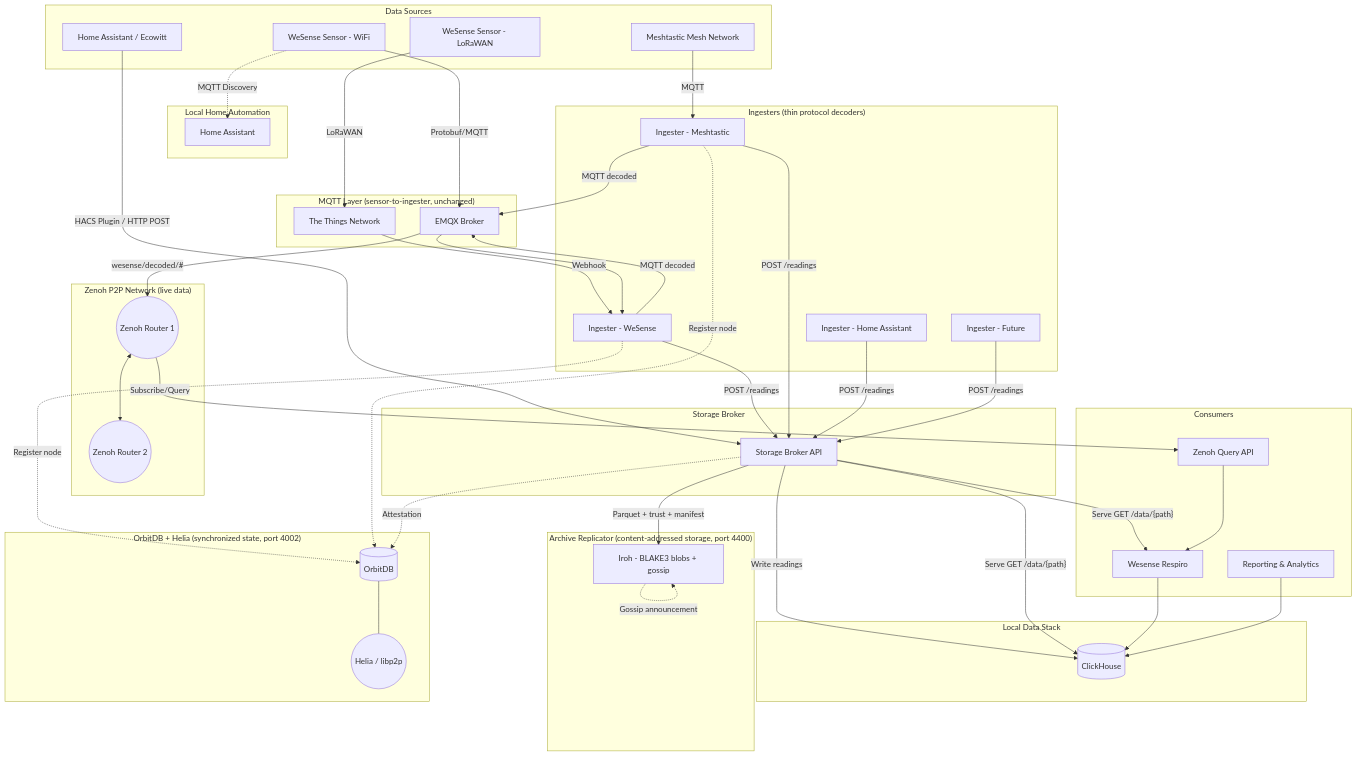
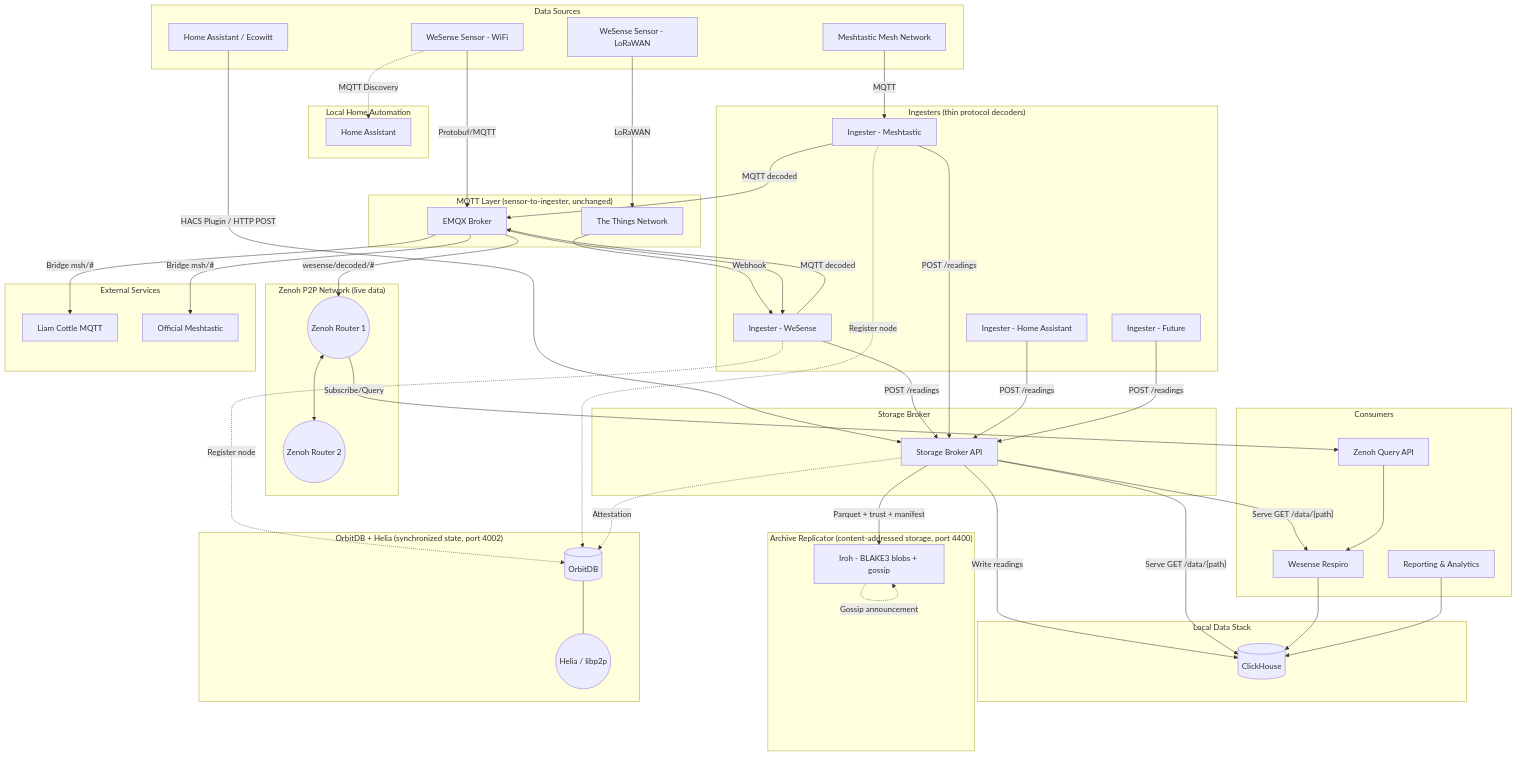
Before and after one commit to wesense-earth/wesense-docs: the diagram in architecture/data-flow.md, drawn with Mermaid.

Commit message:
Add external Meshtastic service bridges back to full architecture diagram

```diff
--- a/architecture/data-flow.md
+++ b/architecture/data-flow.md
@@ -59,6 +59,11 @@
         C3[Reporting & Analytics]
     end
 
+    subgraph "External Services"
+        EXT1[Liam Cottle MQTT]
+        EXT2[Official Meshtastic]
+    end
+
     %% Sensor to MQTT + Home Assistant dual feed
     S -- "Protobuf/MQTT" --> EMQX
     S -. "MQTT Discovery" .-> HA
@@ -69,6 +74,10 @@
 
     %% MQTT to Ingesters
     EMQX --> WSING
+
+    %% EMQX bridges to external Meshtastic services
+    EMQX -- "Bridge msh/#" --> EXT1
+    EMQX -- "Bridge msh/#" --> EXT2
 
     %% Ingesters → Storage Broker
     WSING -- "POST /readings" --> GW
```
